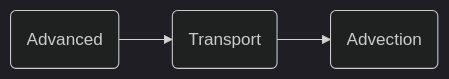
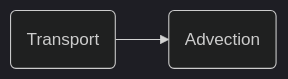
One commit to ichthyop/ichthyop-practical-session changed the first of 7 diagrams in ichthyop-training.qmd. Above: the diagram before and after it, drawn with Mermaid (dark theme). The commit also changed other lines of this file and 3 other files, not shown here.

````diff
--- a/ichthyop-training.qmd
+++ b/ichthyop-training.qmd
@@ -121,8 +130,6 @@
 ```{mermaid}
    flowchart LR
-   id1(Advanced)
    id2(Transport)
    id3(Advection)
-   id1 --> id2
    id2 --> id3
 ```
````
